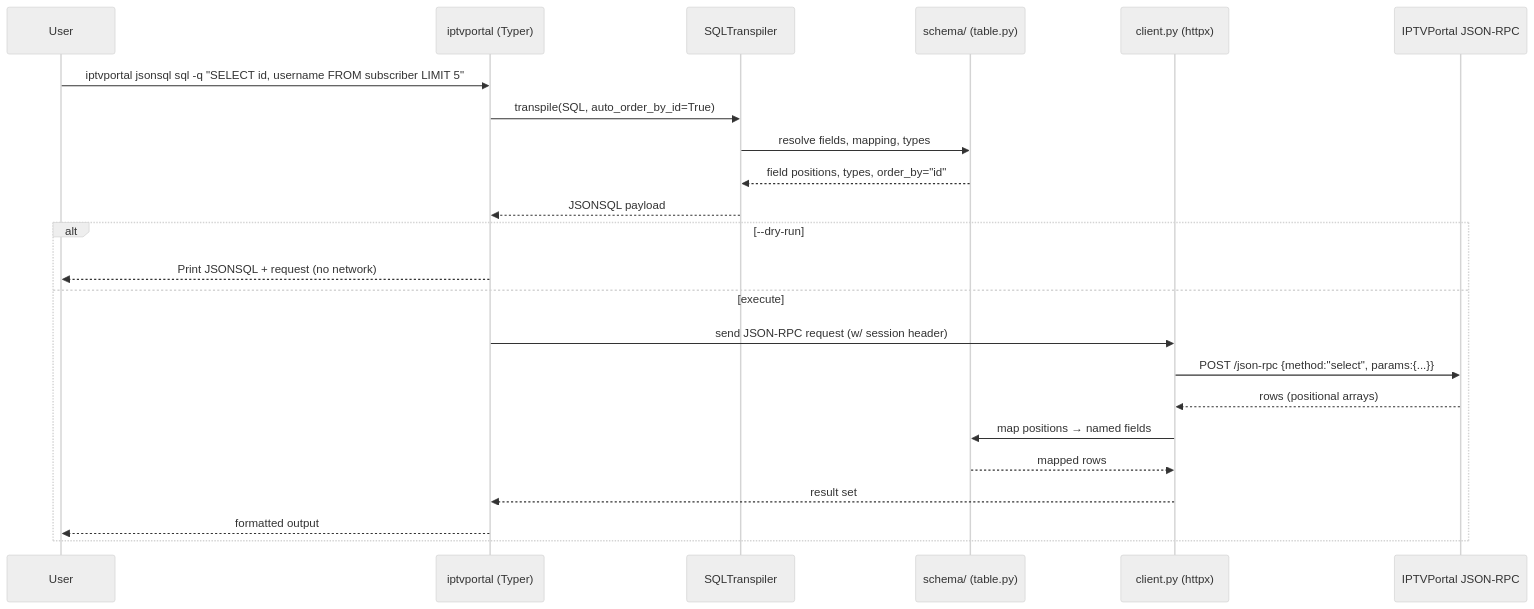
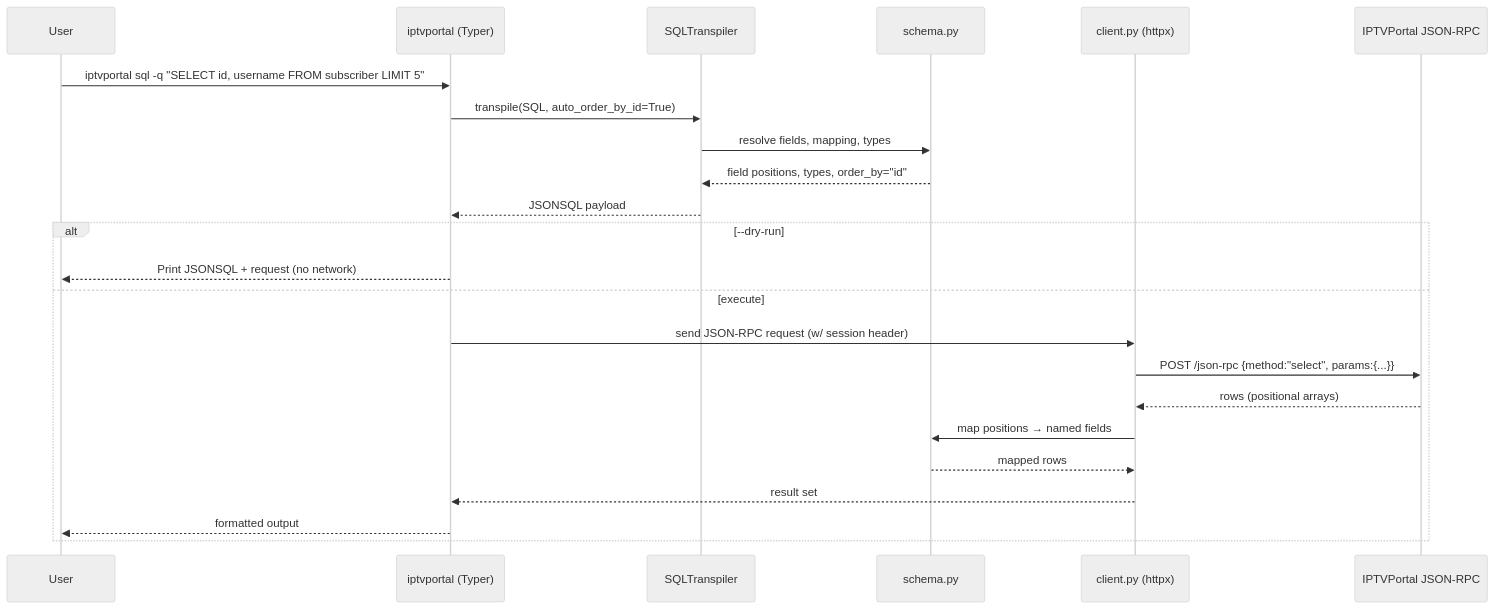
Before and after one commit to pv-udpv/iptvportal-client: the second of 5 diagrams in README.md, drawn with Mermaid (neutral theme). The commit also changed other lines of this file and 6 other files, not shown here.

First line of the commit message:
Align README with architecture.md and add documentation validation tools

````diff
--- a/README.md
+++ b/README.md
@@ -886,26 +892,26 @@
 ```mermaid
 sequenceDiagram
   participant U as User
   participant CLI as iptvportal (Typer)
   participant TRANS as SQLTranspiler
-  participant SCHEMA as schema/ (table.py)
+  participant SCHEMA as schema.py
   participant CLIENT as client.py (httpx)
   participant RPC as IPTVPortal JSON-RPC
 
-  U->>CLI: iptvportal jsonsql sql -q "SELECT id, username FROM subscriber LIMIT 5"
+  U->>CLI: iptvportal sql -q "SELECT id, username FROM subscriber LIMIT 5"
   CLI->>TRANS: transpile(SQL, auto_order_by_id=True)
   TRANS->>SCHEMA: resolve fields, mapping, types
   SCHEMA-->>TRANS: field positions, types, order_by="id"
   TRANS-->>CLI: JSONSQL payload
   alt --dry-run
     CLI-->>U: Print JSONSQL + request (no network)
   else execute
     CLI->>CLIENT: send JSON-RPC request (w/ session header)
     CLIENT->>RPC: POST /json-rpc {method:"select", params:{...}}
     RPC-->>CLIENT: rows (positional arrays)
     CLIENT->>SCHEMA: map positions → named fields
     SCHEMA-->>CLIENT: mapped rows
     CLIENT-->>CLI: result set
     CLI-->>U: formatted output
   end
 ```
````
